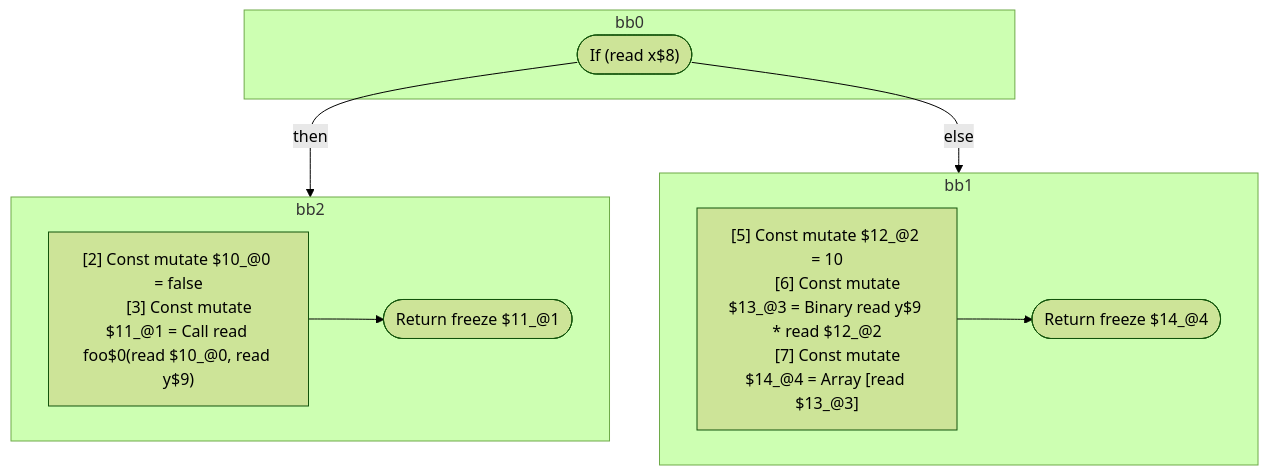
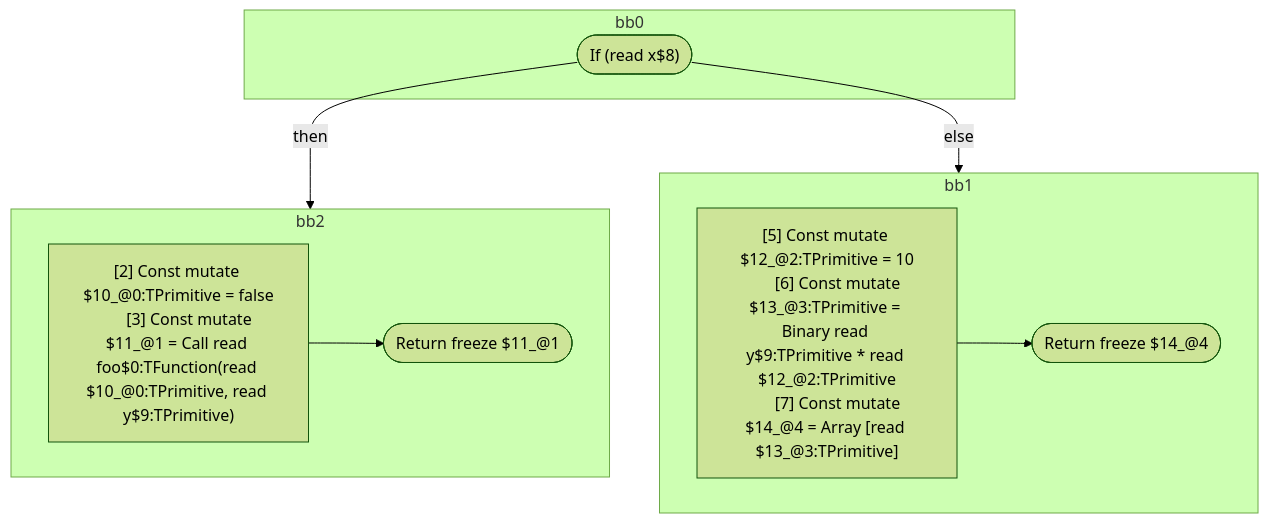
The diagram in compiler/forget/src/__tests__/fixtures/hir/simple.expect.md (wutsmog/private), drawn with Mermaid (forest theme) before and after one commit. The commit also changed other lines of this file and 112 other files, not shown here.

````diff
--- a/compiler/forget/src/__tests__/fixtures/hir/simple.expect.md
+++ b/compiler/forget/src/__tests__/fixtures/hir/simple.expect.md
@@ -67,27 +67,27 @@
 ```mermaid
 flowchart TB
   %% Basic Blocks
   subgraph bb0
     bb0_terminal(["If (read x$8)"])
   end
   subgraph bb2
     bb2_instrs["
-      [2] Const mutate $10_@0 = false
-      [3] Const mutate $11_@1 = Call read foo$0(read $10_@0, read y$9)
+      [2] Const mutate $10_@0:TPrimitive = false
+      [3] Const mutate $11_@1 = Call read foo$0:TFunction(read $10_@0:TPrimitive, read y$9:TPrimitive)
     "]
     bb2_instrs --> bb2_terminal(["Return freeze $11_@1"])
   end
   subgraph bb1
     bb1_instrs["
-      [5] Const mutate $12_@2 = 10
-      [6] Const mutate $13_@3 = Binary read y$9 * read $12_@2
-      [7] Const mutate $14_@4 = Array [read $13_@3]
+      [5] Const mutate $12_@2:TPrimitive = 10
+      [6] Const mutate $13_@3:TPrimitive = Binary read y$9:TPrimitive * read $12_@2:TPrimitive
+      [7] Const mutate $14_@4 = Array [read $13_@3:TPrimitive]
     "]
     bb1_instrs --> bb1_terminal(["Return freeze $14_@4"])
   end
 
   %% Jumps
   bb0_terminal -- "then" --> bb2
   bb0_terminal -- "else" --> bb1
 
 ```
````
